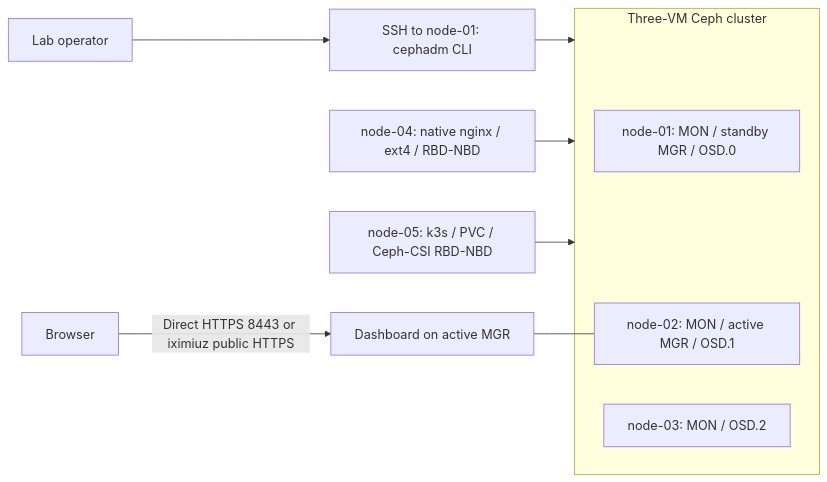
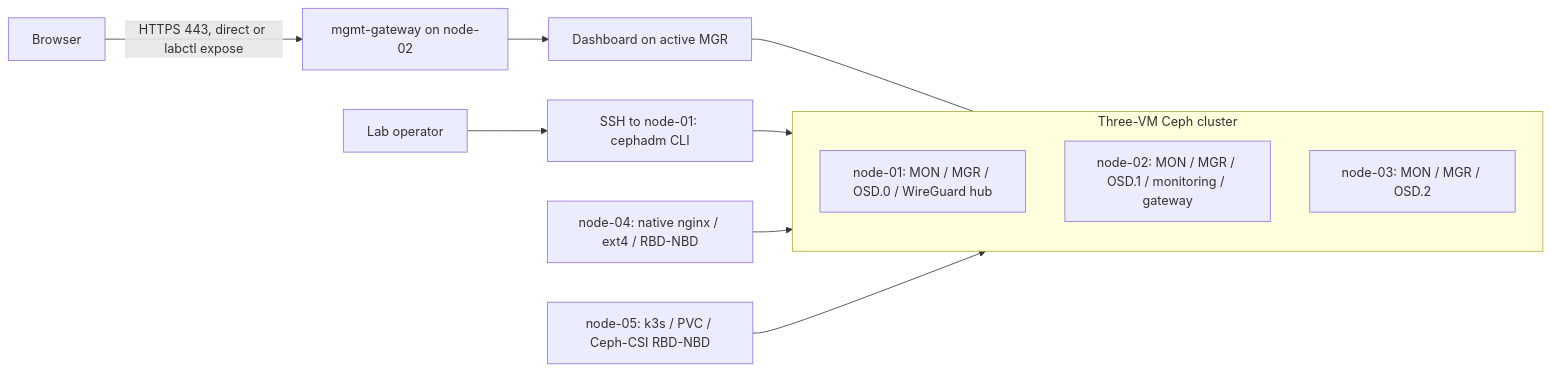
The diagram in vm/docs/arc42/README.md (iamunnip/ceph-lab), drawn with Mermaid before and after one commit. The commit also changed other lines of this file and 30 other files, not shown here.

````diff
--- a/vm/docs/arc42/README.md
+++ b/vm/docs/arc42/README.md
@@ -13,14 +13,15 @@
 ```mermaid
 flowchart LR
     Operator[Lab operator] --> Admin[SSH to node-01: cephadm CLI]
-    Browser[Browser] -->|Direct HTTPS 8443 or iximiuz public HTTPS| UI[Dashboard on active MGR]
+    Browser[Browser] -->|HTTPS 443, direct or labctl expose| GW[mgmt-gateway on node-02]
+    GW --> UI[Dashboard on active MGR]
     subgraph Cluster[Three-VM Ceph cluster]
-        C1[node-01: MON / standby MGR / OSD.0]
-        C2[node-02: MON / active MGR / OSD.1]
-        C3[node-03: MON / OSD.2]
+        C1[node-01: MON / MGR / OSD.0 / WireGuard hub]
+        C2[node-02: MON / MGR / OSD.1 / monitoring / gateway]
+        C3[node-03: MON / MGR / OSD.2]
     end
-    UI --- C2
+    UI --- Cluster
     Admin --> Cluster
     Native[node-04: native nginx / ext4 / RBD-NBD] --> Cluster
     K3s[node-05: k3s / PVC / Ceph-CSI RBD-NBD] --> Cluster
 ```
````
